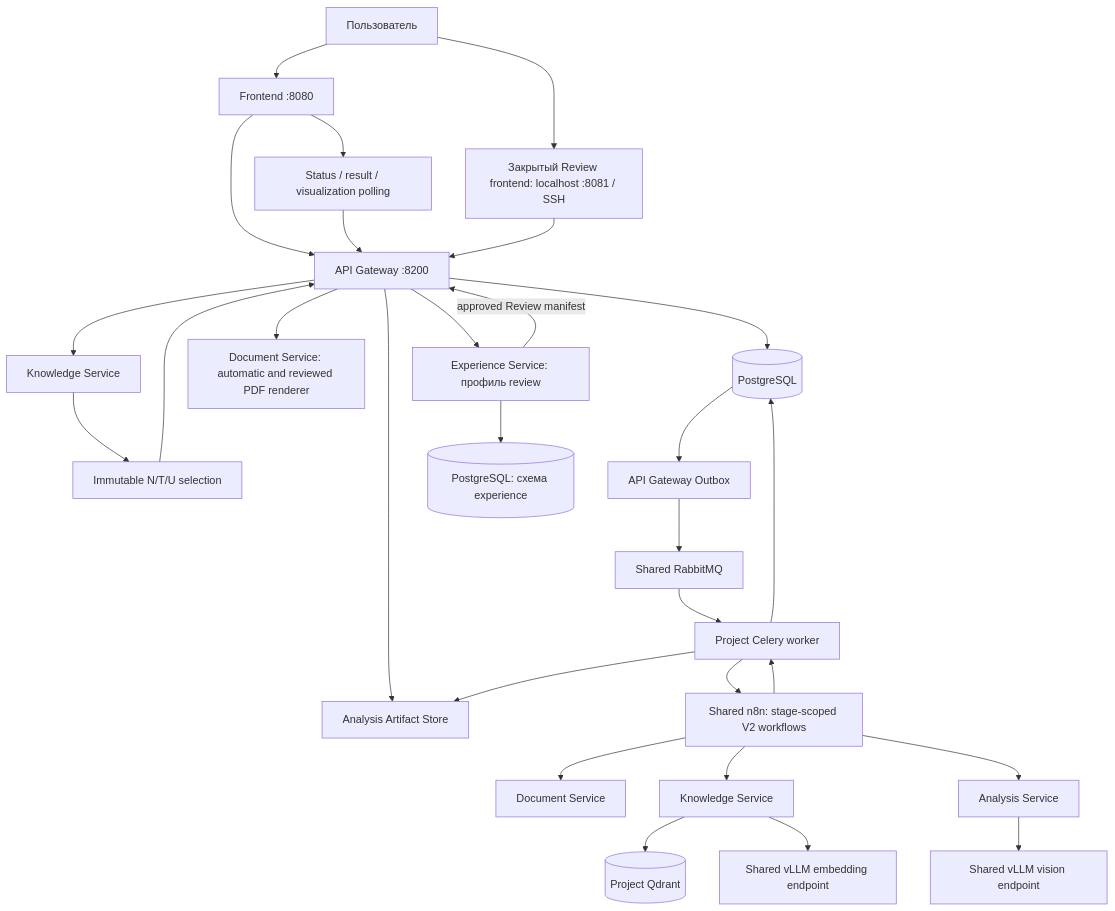
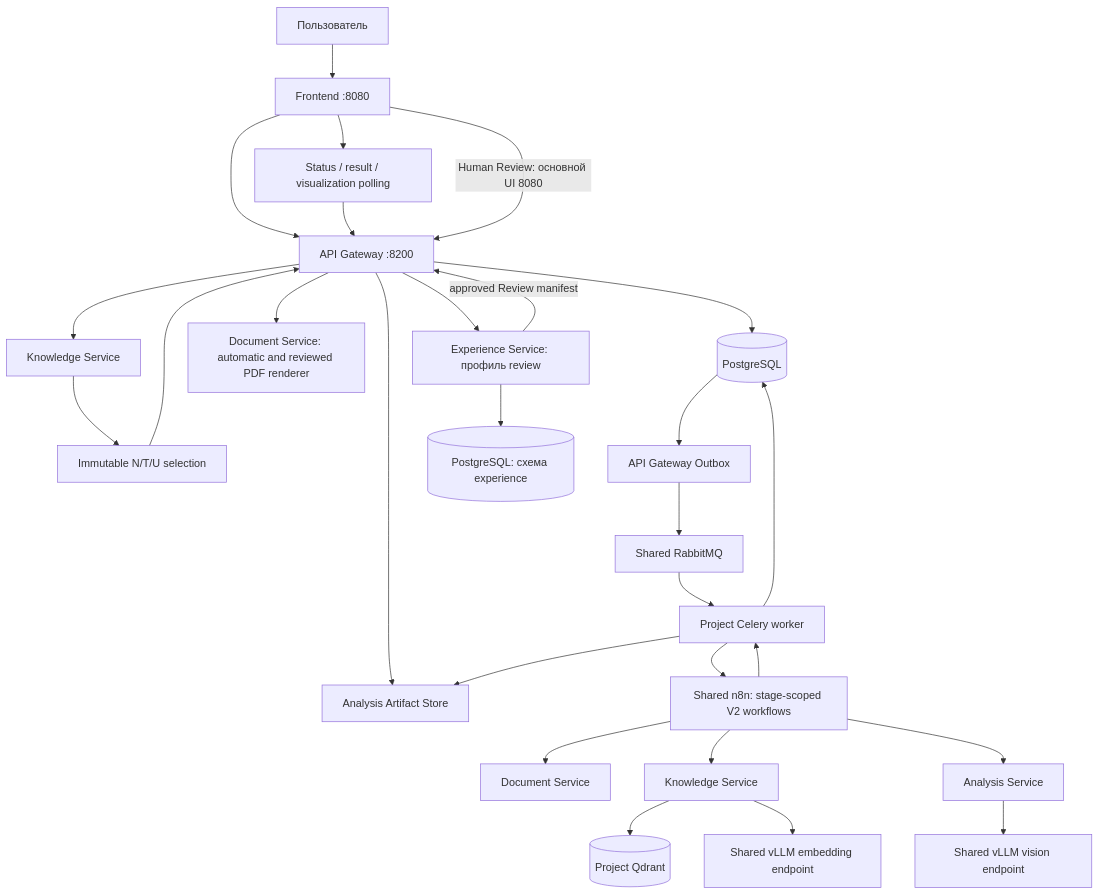
One commit to Amadu-A/PDRD-validation changed the first of 15 diagrams in README.md. Above: the diagram before and after it, drawn with Mermaid. The commit also changed other lines of this file and 26 other files, not shown here.

Commit message:
fix: connect main frontend to server Review and automatic Experience capture

````diff
--- a/README.md
+++ b/README.md
@@ -137,31 +137,30 @@
 ```mermaid
 flowchart TD
     U["Пользователь"] --> FE["Frontend :8080"]
     FE --> GW["API Gateway :8200"]
     GW --> FS["Analysis Artifact Store"]
     GW --> KS["Knowledge Service"]
     KS --> RESOLVE["Immutable N/T/U selection"]
     RESOLVE --> GW
     GW --> PG[("PostgreSQL")]
     PG --> O["API Gateway Outbox"]
     O --> RMQ["Shared RabbitMQ"]
     RMQ --> W["Project Celery worker"]
     W --> N8N["Shared n8n: stage-scoped V2 workflows"]
     N8N --> DS["Document Service"]
     N8N --> KS2["Knowledge Service"]
     N8N --> AS["Analysis Service"]
     KS2 --> QD[("Project Qdrant")]
     KS2 --> EMB["Shared vLLM embedding endpoint"]
     AS --> VLM["Shared vLLM vision endpoint"]
     N8N --> W
     W --> PG
     W --> FS
     FE --> POLL["Status / result / visualization polling"]
     POLL --> GW
     GW --> DS2["Document Service: automatic and reviewed PDF renderer"]
-    U --> RF["Закрытый Review frontend: localhost :8081 / SSH"]
-    RF --> GW
+    FE -->|Human Review: основной UI 8080| GW
     GW --> EXP["Experience Service: профиль review"]
     EXP --> RP[("PostgreSQL: схема experience")]
     EXP -->|approved Review manifest| GW
 ```
````
